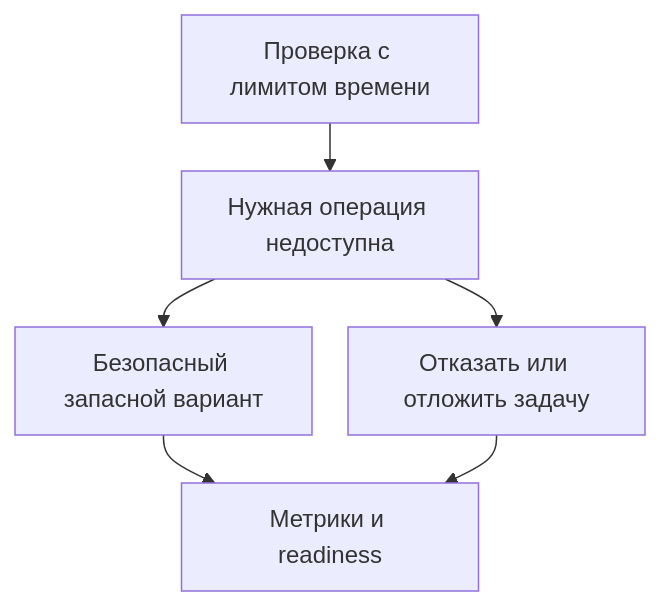
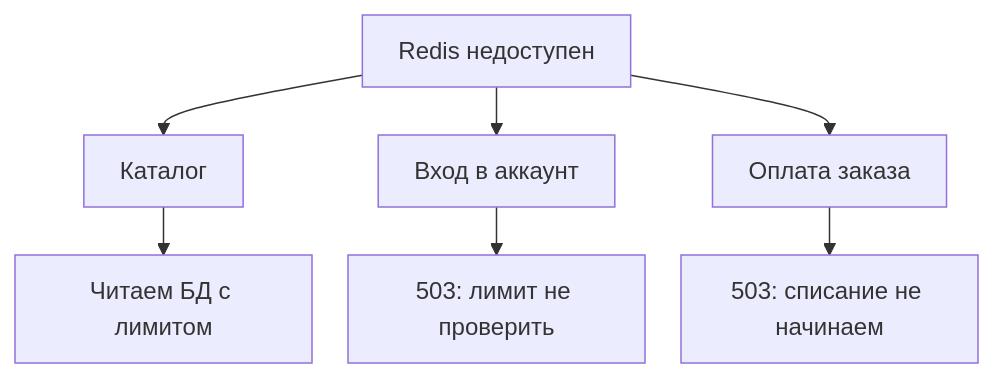
Before and after one commit to bedrock-python/bedrock-python.github.io: the diagram in translations/ru/blog/posts/2026-09-13-redis-failures-and-health-checks.md, drawn with Mermaid. The commit also changed other lines of this file and 205 other files, not shown here.

Commit message:
Обновлены переводы статей: изменены заголовки и описания для улучшения ясности и соответствия контенту. В статье о Kafka уточнены детали о сервисе доставки, а в статье о Redis изменено описание на более подходящее для интернет-магазина.

````diff
--- a/translations/ru/blog/posts/2026-09-13-redis-failures-and-health-checks.md
+++ b/translations/ru/blog/posts/2026-09-13-redis-failures-and-health-checks.md
@@ -73,24 +249,29 @@
 ```mermaid
 ---
 config:
   theme: default
   look: classic
   flowchart:
     useMaxWidth: false
     wrappingWidth: 150
     padding: 12
     nodeSpacing: 24
     rankSpacing: 32
 ---
 flowchart TD
-    accTitle: Отказ Redis требует решения для каждой операции
-    accDescr: Проверка показывает, работает ли нужная операция Redis. Приложение выбирает запасной способ обработки или возвращает ошибку и соответственно меняет readiness.
-    A["Проверка с лимитом времени"]
-    B["Нужная операция недоступна"]
-    C["Безопасный запасной вариант"]
-    D["Отказать или отложить задачу"]
-    E["Метрики и readiness"]
+    accTitle: Один отказ Redis — три маршрута магазина
+    accDescr: Когда Redis недоступен, каталог читает базу с ограничением нагрузки и времени. Вход и оплата возвращают 503, потому что обязательные проверки недоступны.
+    A["Redis недоступен"]
+    B["Каталог"]
+    C["Вход в аккаунт"]
+    D["Оплата заказа"]
+    E["Читаем БД с лимитом"]
+    F["503: лимит не проверить"]
+    G["503: списание не начинаем"]
     A --> B
-    B --> C --> E
-    B --> D --> E
+    A --> C
+    A --> D
+    B --> E
+    C --> F
+    D --> G
 ```
````
